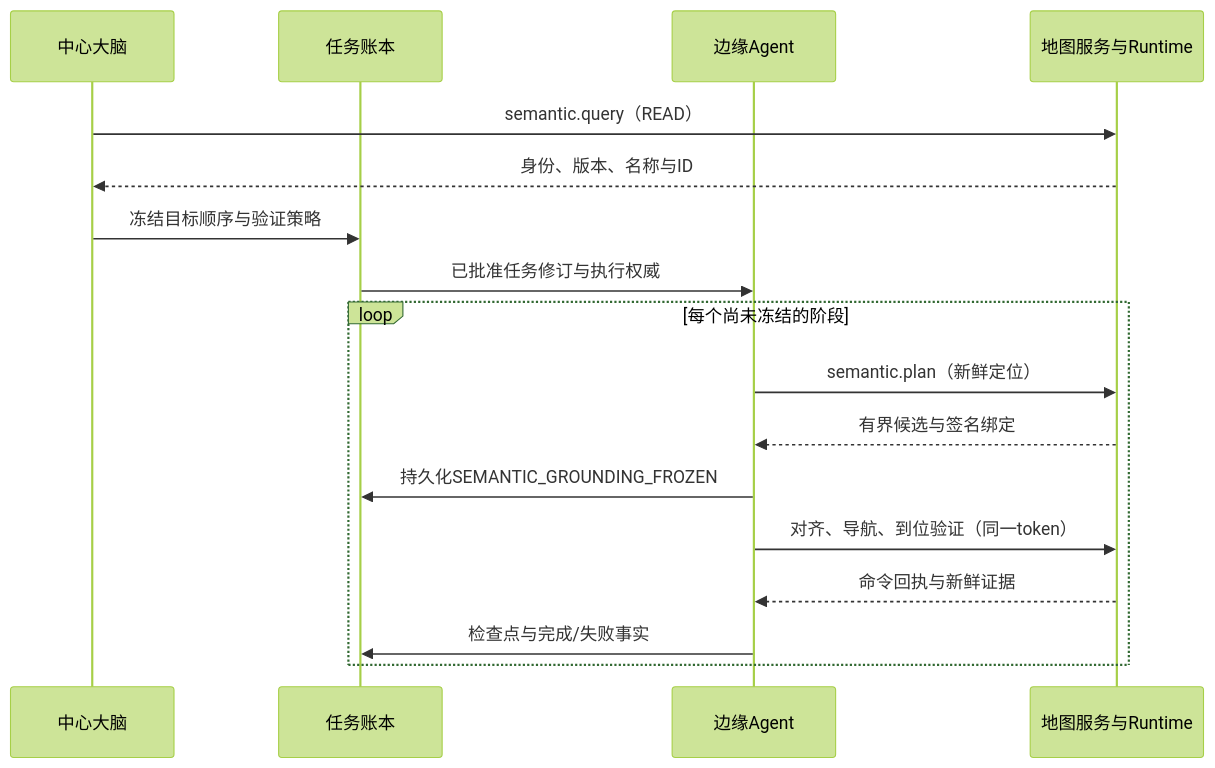
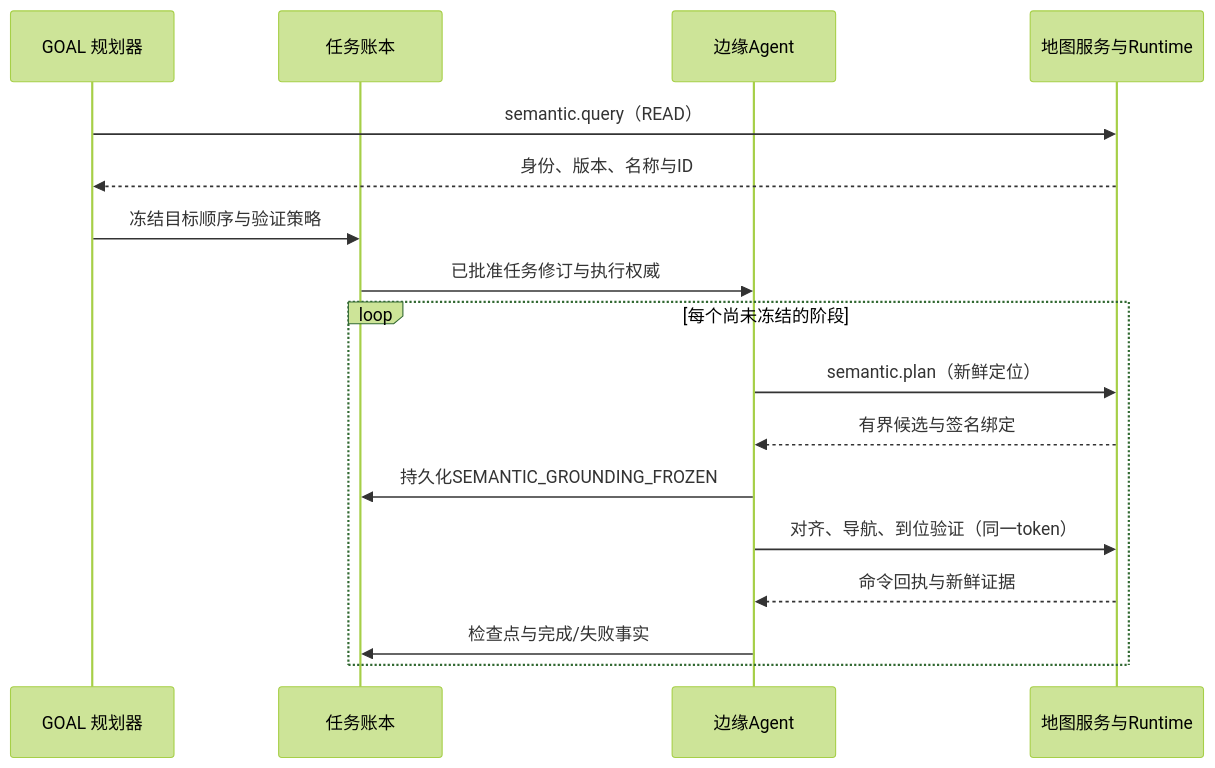
One commit to SUSTechWLA/tangying-robot-agent-os changed the diagram in docs/architecture/semantic-execution-protocol.md. Above: the diagram before and after it, drawn with Mermaid (forest theme). The commit also changed other lines of this file and 113 other files, not shown here.

Commit message:
docs: publish architecture-aligned book 2.2.0 and refresh system guides

````diff
--- a/docs/architecture/semantic-execution-protocol.md
+++ b/docs/architecture/semantic-execution-protocol.md
@@ -112,19 +112,19 @@
 ```mermaid
 sequenceDiagram
-  participant Brain as 中心大脑
+  participant Brain as GOAL 规划器
   participant Ledger as 任务账本
   participant Edge as 边缘Agent
   participant Runtime as 地图服务与Runtime
   Brain->>Runtime: semantic.query（READ）
   Runtime-->>Brain: 身份、版本、名称与ID
   Brain->>Ledger: 冻结目标顺序与验证策略
   Ledger->>Edge: 已批准任务修订与执行权威
   loop 每个尚未冻结的阶段
     Edge->>Runtime: semantic.plan（新鲜定位）
     Runtime-->>Edge: 有界候选与签名绑定
     Edge->>Ledger: 持久化SEMANTIC_GROUNDING_FROZEN
     Edge->>Runtime: 对齐、导航、到位验证（同一token）
     Runtime-->>Edge: 命令回执与新鲜证据
     Edge->>Ledger: 检查点与完成/失败事实
   end
 ```
````
